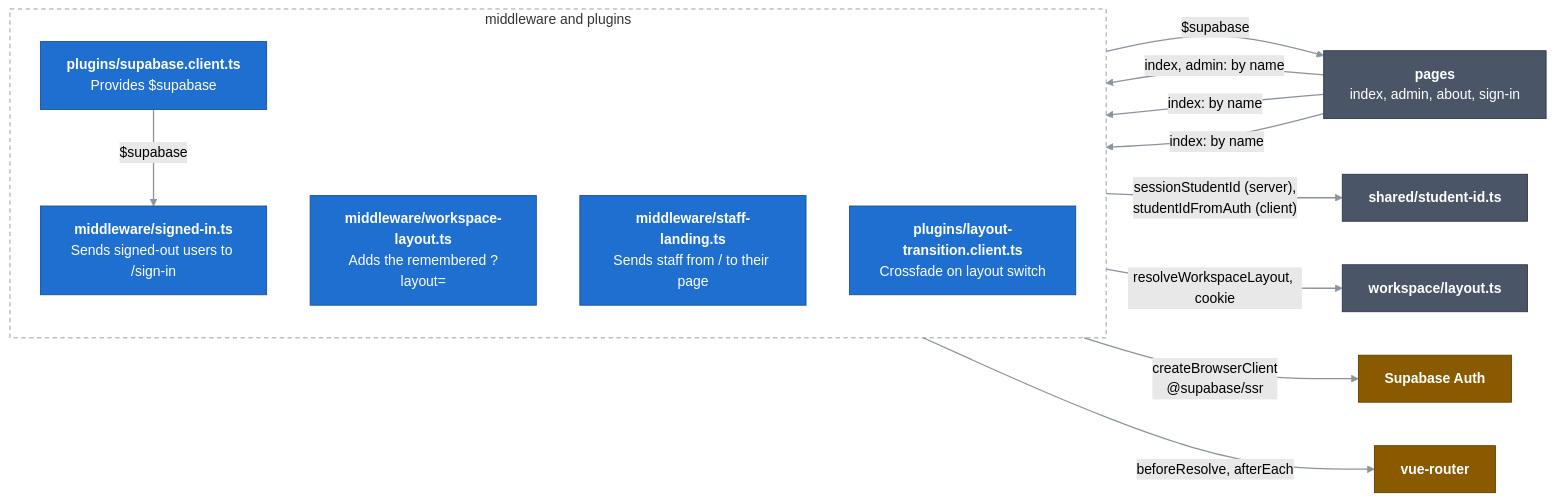
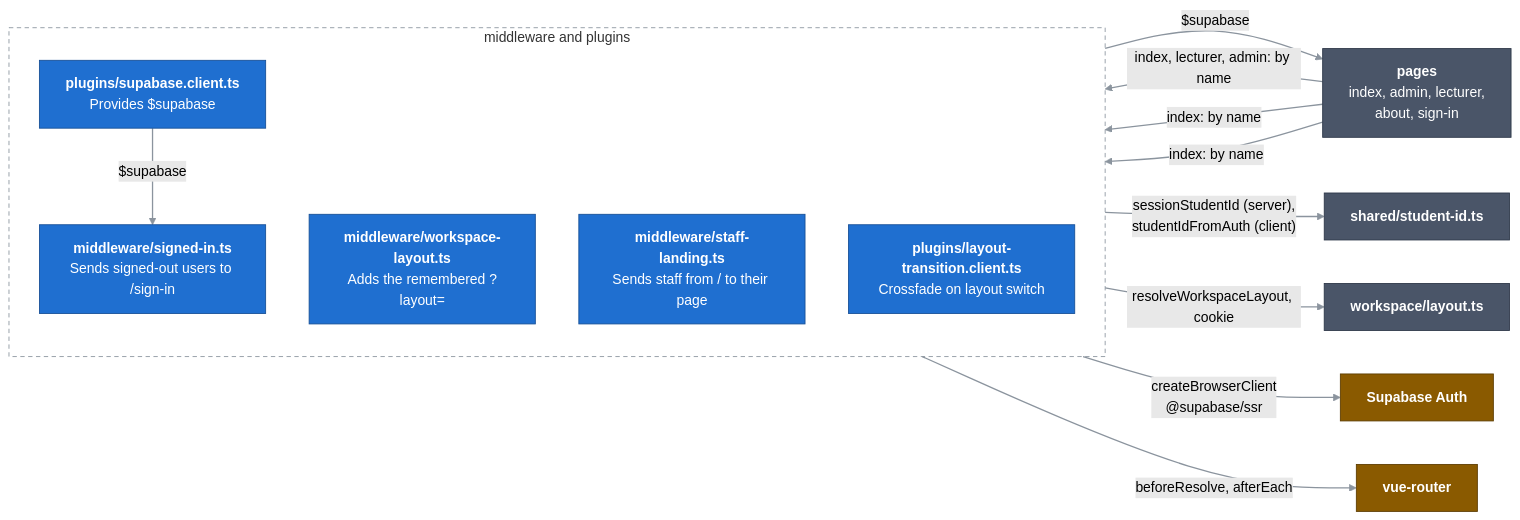
The diagram in docs/c4/03-components/web-app/06-middleware-and-plugins.md (Bill2926/COS40005_HN9_Verifiable_Co-Learner_Agent), drawn with Mermaid (forest theme) before and after one commit. The commit also changed other lines of this file and 6 other files, not shown here.

````diff
--- a/docs/c4/03-components/web-app/06-middleware-and-plugins.md
+++ b/docs/c4/03-components/web-app/06-middleware-and-plugins.md
@@ -11,34 +11,34 @@
 ```mermaid
 flowchart LR
   classDef comp fill:#1f6fd0,stroke:#164f96,color:#ffffff
   classDef near fill:#4a5568,stroke:#2d3748,color:#ffffff
   classDef ext fill:#8a5a00,stroke:#5c3c00,color:#ffffff
   linkStyle default stroke:#8b949e,stroke-width:1.5px
 
-  pages["<b>pages</b><br/>index, admin, about, sign-in"]:::near
+  pages["<b>pages</b><br/>index, admin, lecturer,<br/>about, sign-in"]:::near
   studentId["<b>shared/student-id.ts</b>"]:::near
   layout["<b>workspace/layout.ts</b>"]:::near
   auth["<b>Supabase Auth</b>"]:::ext
   router["<b>vue-router</b>"]:::ext
 
   subgraph mw["middleware and plugins"]
     direction TB
     signed["<b>middleware/signed-in.ts</b><br/>Sends signed-out users to /sign-in"]:::comp
     wl["<b>middleware/workspace-layout.ts</b><br/>Adds the remembered ?layout="]:::comp
     sl["<b>middleware/staff-landing.ts</b><br/>Sends staff from / to their page"]:::comp
     sb["<b>plugins/supabase.client.ts</b><br/>Provides $supabase"]:::comp
     lt["<b>plugins/layout-transition.client.ts</b><br/>Crossfade on layout switch"]:::comp
   end
 
-  pages ==>|"index, admin: by name"| signed
+  pages ==>|"index, lecturer, admin: by name"| signed
   pages ==>|"index: by name"| wl
   pages ==>|"index: by name"| sl
   sb ==>|"$supabase"| pages
   sb ==>|"$supabase"| signed
   signed -->|"sessionStudentId (server),<br/>studentIdFromAuth (client)"| studentId
   wl -->|"resolveWorkspaceLayout, cookie"| layout
   sb ==>|"createBrowserClient<br/>@supabase/ssr"| auth
   lt ==>|"beforeResolve, afterEach"| router
 
   style mw fill:none,stroke:#8b949e,stroke-dasharray:5 4
 ```
````
